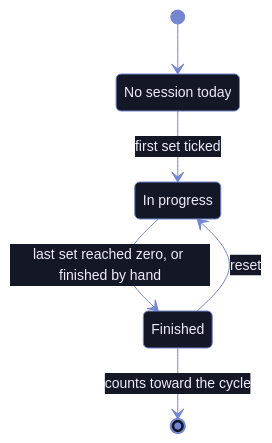
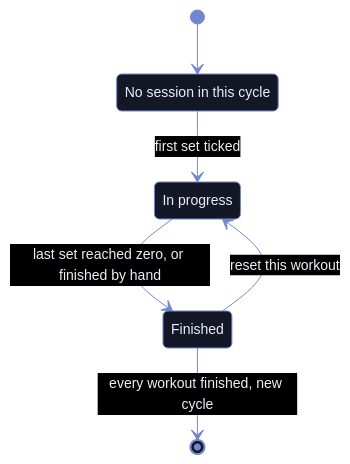
One commit to v-amorim/academia changed the second of 4 diagrams in README.md. Above: the diagram before and after it, drawn with Mermaid. The commit also changed other lines of this file and 39 other files, not shown here.

````diff
--- a/README.md
+++ b/README.md
@@ -104,48 +111,35 @@
 ```mermaid
 ---
 config:
   theme: base
   themeVariables:
     darkMode: true
     background: "#0D0E17"
     mainBkg: "#141726"
     primaryColor: "#141726"
     primaryTextColor: "#EEEEFA"
     primaryBorderColor: "#7386d0"
     secondaryColor: "#252A42"
     secondaryTextColor: "#EEEEFA"
-    secondaryBorderColor: "#8A9BE0"
     tertiaryColor: "#7386D0"
     tertiaryTextColor: "#EEEEFA"
-    tertiaryBorderColor: "#A2B0EA"
     lineColor: "#7386d0"
     textColor: "#EEEEFA"
     titleColor: "#EEEEFA"
     nodeBorder: "#7386d0"
     nodeTextColor: "#EEEEFA"
-    clusterBkg: "#1C2033"
-    clusterBorder: "#252A42"
-    edgeLabelBackground: "#141726"
-    noteBkgColor: "#7386D0"
-    noteTextColor: "#EEEEFA"
-    noteBorderColor: "#7386d0"
-    arrowheadColor: "#7386d0"
-    border1: "#7386d0"
-    border2: "#7E86A4"
-    errorBkgColor: "#7386D0"
-    errorTextColor: "#EEEEFA"
     fontFamily: "Mulish, system-ui, sans-serif"
     fontSize: "14px"
 ---
 stateDiagram-v2
   direction TB
-  NoSession: No session today
+  NoSession: No session in this cycle
   InProgress: In progress
   Finished: Finished
 
   [*] --> NoSession
   NoSession --> InProgress: first set ticked
   InProgress --> Finished: last set reached zero, or finished by hand
-  Finished --> InProgress: reset
-  Finished --> [*]: counts toward the cycle
+  Finished --> InProgress: reset this workout
+  Finished --> [*]: every workout finished, new cycle
 ```
````
